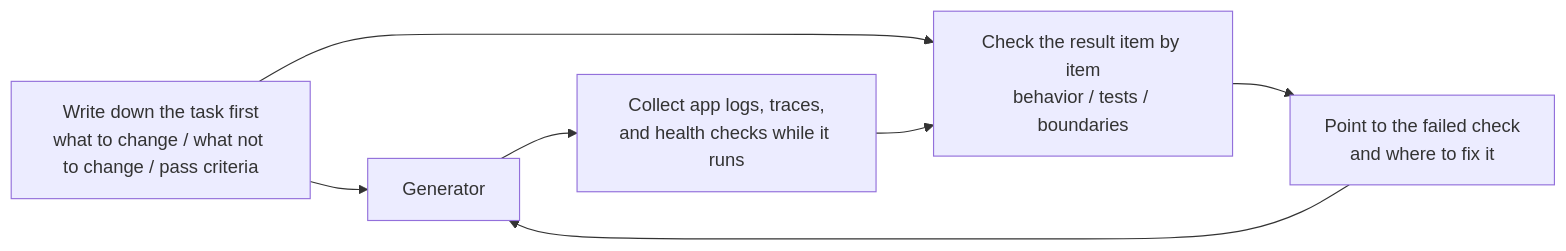
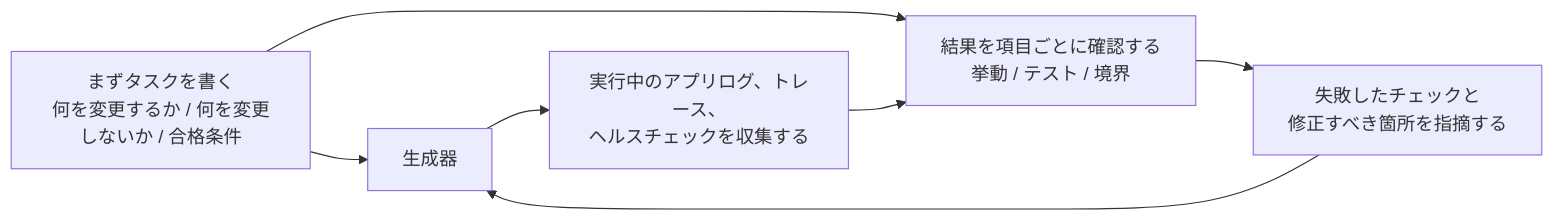
Before and after one commit to mkusaka/learn-harness-engineering: the diagram in docs/en/lectures/lecture-11-why-observability-belongs-inside-the-harness/index.md, drawn with Mermaid. The commit also changed other lines of this file and 571 other files, not shown here.

````diff
--- a/docs/en/lectures/lecture-11-why-observability-belongs-inside-the-harness/index.md
+++ b/docs/en/lectures/lecture-11-why-observability-belongs-inside-the-harness/index.md
@@ -25,9 +25,9 @@
 ```mermaid
 flowchart LR
-    Contract["Write down the task first<br/>what to change / what not to change / pass criteria"] --> Generator["Generator"]
-    Generator --> Signals["Collect app logs, traces,<br/>and health checks while it runs"]
-    Contract --> Review["Check the result item by item<br/>behavior / tests / boundaries"]
+    Contract["まずタスクを書く<br/>何を変更するか / 何を変更しないか / 合格条件"] --> Generator["生成器"]
+    Generator --> Signals["実行中のアプリログ、トレース、<br/>ヘルスチェックを収集する"]
+    Contract --> Review["結果を項目ごとに確認する<br/>挙動 / テスト / 境界"]
     Signals --> Review
-    Review --> Verdict["Point to the failed check<br/>and where to fix it"]
+    Review --> Verdict["失敗したチェックと<br/>修正すべき箇所を指摘する"]
     Verdict --> Generator
 ```
````
